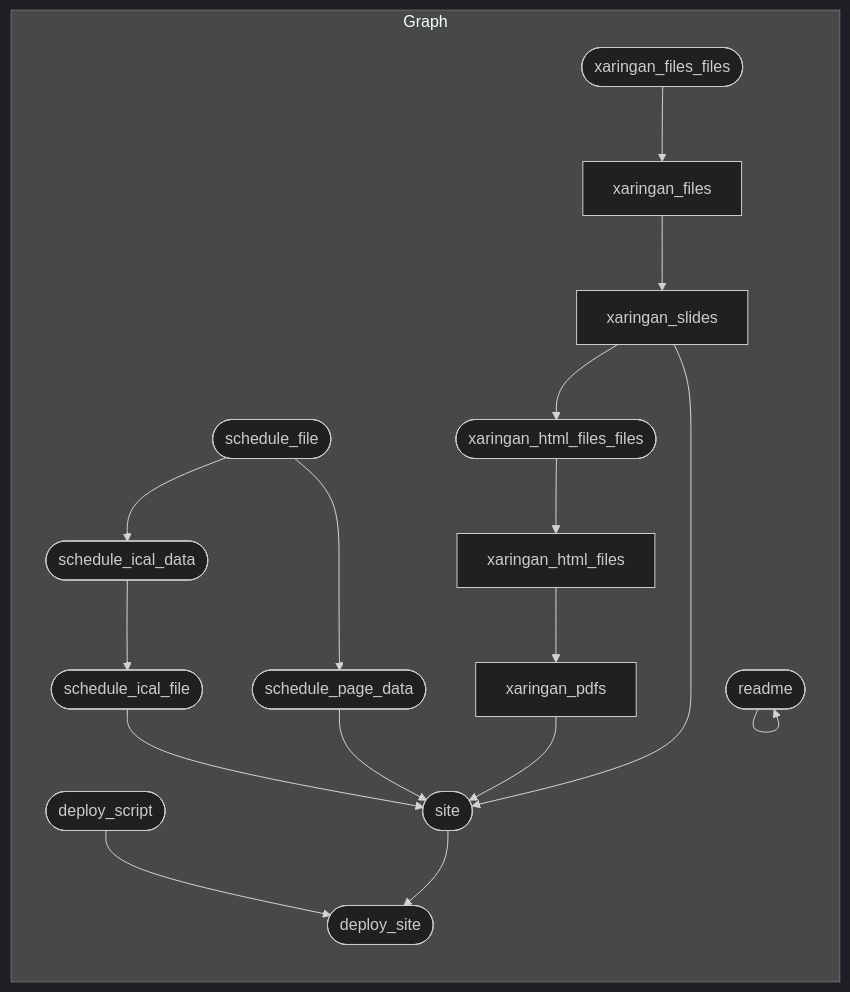
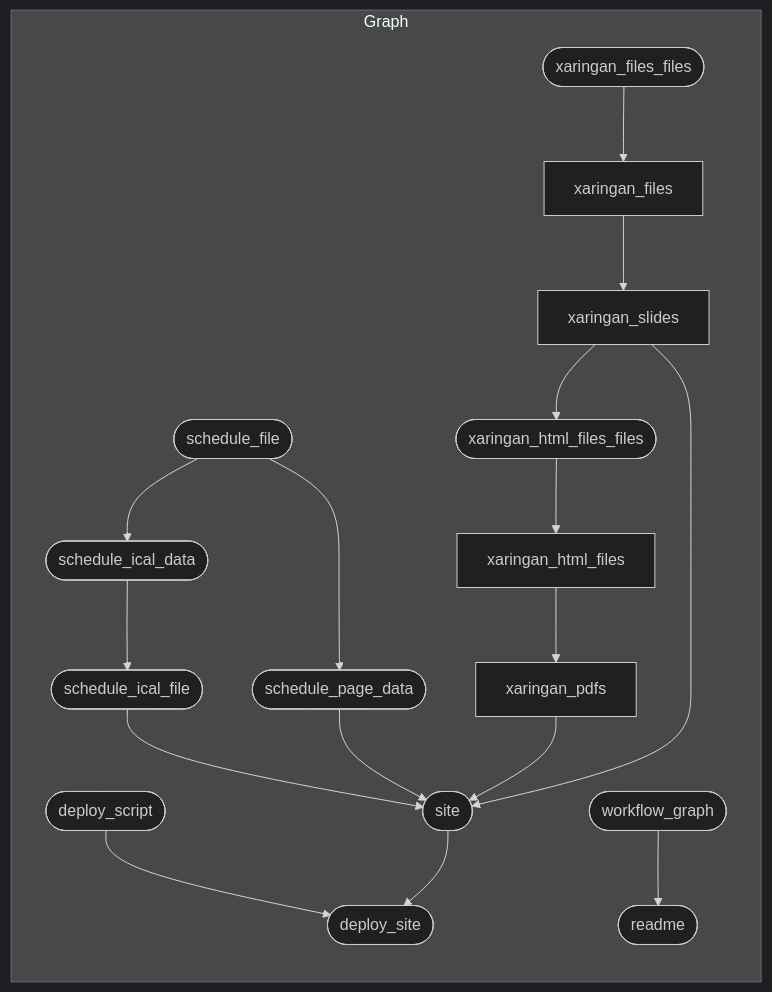
The diagram in README.md (andrewheiss/nonprofitf22.classes.andrewheiss.com), drawn with Mermaid (dark theme) before and after one commit. The commit also changed 2 other files, not shown here.

Commit message:
Better handling of README workflow

````diff
--- a/README.md
+++ b/README.md
@@ -91,20 +91,20 @@
 ``` mermaid
 graph LR
   subgraph Graph
-    x9c20b8c56debbe9a(["deploy_script"]):::skipped --> x78f3e0b711425f1c(["deploy_site"]):::queued
+    x9c20b8c56debbe9a(["deploy_script"]):::queued --> x78f3e0b711425f1c(["deploy_site"]):::queued
     x7aa56383a054e8ba(["site"]):::queued --> x78f3e0b711425f1c(["deploy_site"]):::queued
-    x4a210bdf90796bca(["xaringan_files_files"]):::built --> xf4774655f169db90["xaringan_files"]:::queued
+    x4a210bdf90796bca(["xaringan_files_files"]):::queued --> xf4774655f169db90["xaringan_files"]:::queued
     x4d31f5a49d5ae49f(["schedule_ical_file"]):::queued --> x7aa56383a054e8ba(["site"]):::queued
     x063edd335cc1b36f(["schedule_page_data"]):::queued --> x7aa56383a054e8ba(["site"]):::queued
     xccbb2c85646c611a["xaringan_pdfs"]:::queued --> x7aa56383a054e8ba(["site"]):::queued
     x60c212b45249134a["xaringan_slides"]:::queued --> x7aa56383a054e8ba(["site"]):::queued
+    xf38d3f5e6365ad72(["workflow_graph"]):::started --> x6e52cb0f1668cc22(["readme"]):::queued
     x0751853b619def05["xaringan_html_files"]:::queued --> xccbb2c85646c611a["xaringan_pdfs"]:::queued
     xdf832f8e1f99baf2(["schedule_file"]):::queued --> x063edd335cc1b36f(["schedule_page_data"]):::queued
     xf4774655f169db90["xaringan_files"]:::queued --> x60c212b45249134a["xaringan_slides"]:::queued
     xdf832f8e1f99baf2(["schedule_file"]):::queued --> x35552a73efe9c59f(["schedule_ical_data"]):::queued
     x7a0d40becb063bda(["xaringan_html_files_files"]):::queued --> x0751853b619def05["xaringan_html_files"]:::queued
     x35552a73efe9c59f(["schedule_ical_data"]):::queued --> x4d31f5a49d5ae49f(["schedule_ical_file"]):::queued
     x60c212b45249134a["xaringan_slides"]:::queued --> x7a0d40becb063bda(["xaringan_html_files_files"]):::queued
-    x6e52cb0f1668cc22(["readme"]):::started --> x6e52cb0f1668cc22(["readme"]):::started
   end
 ```
````
